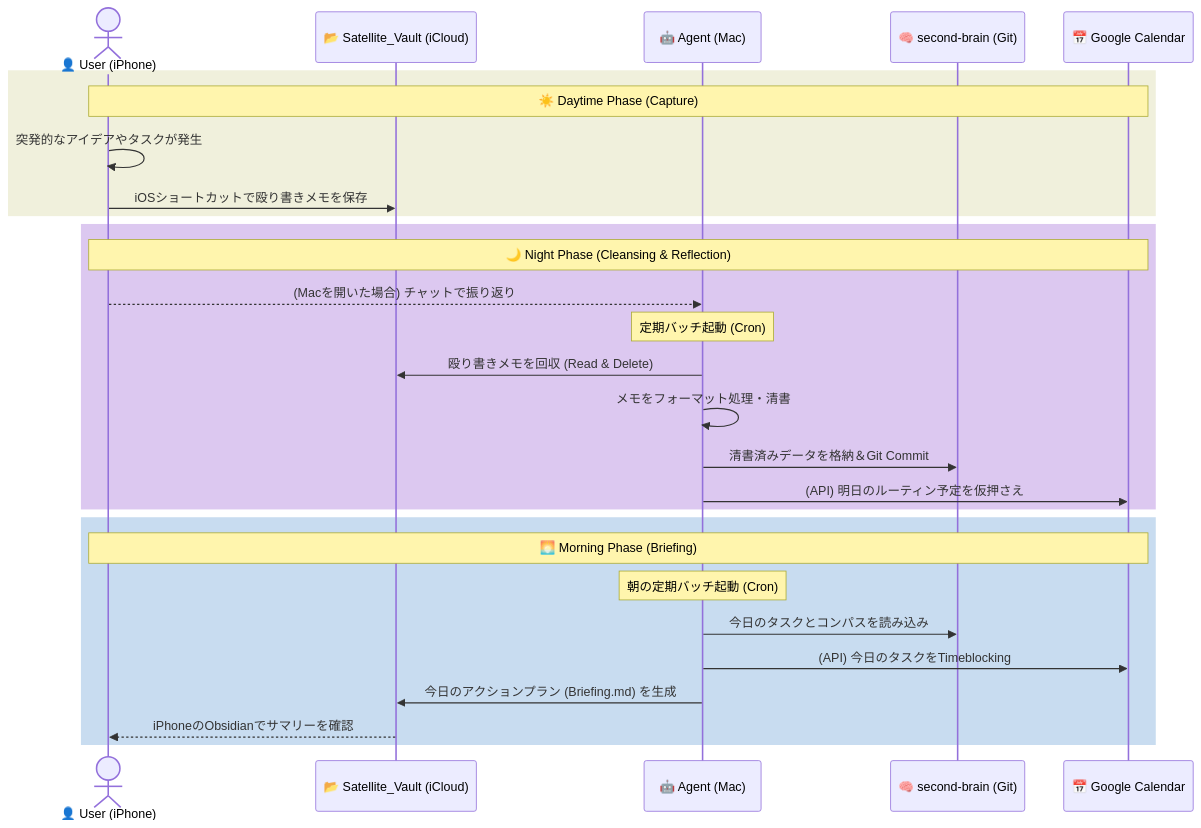
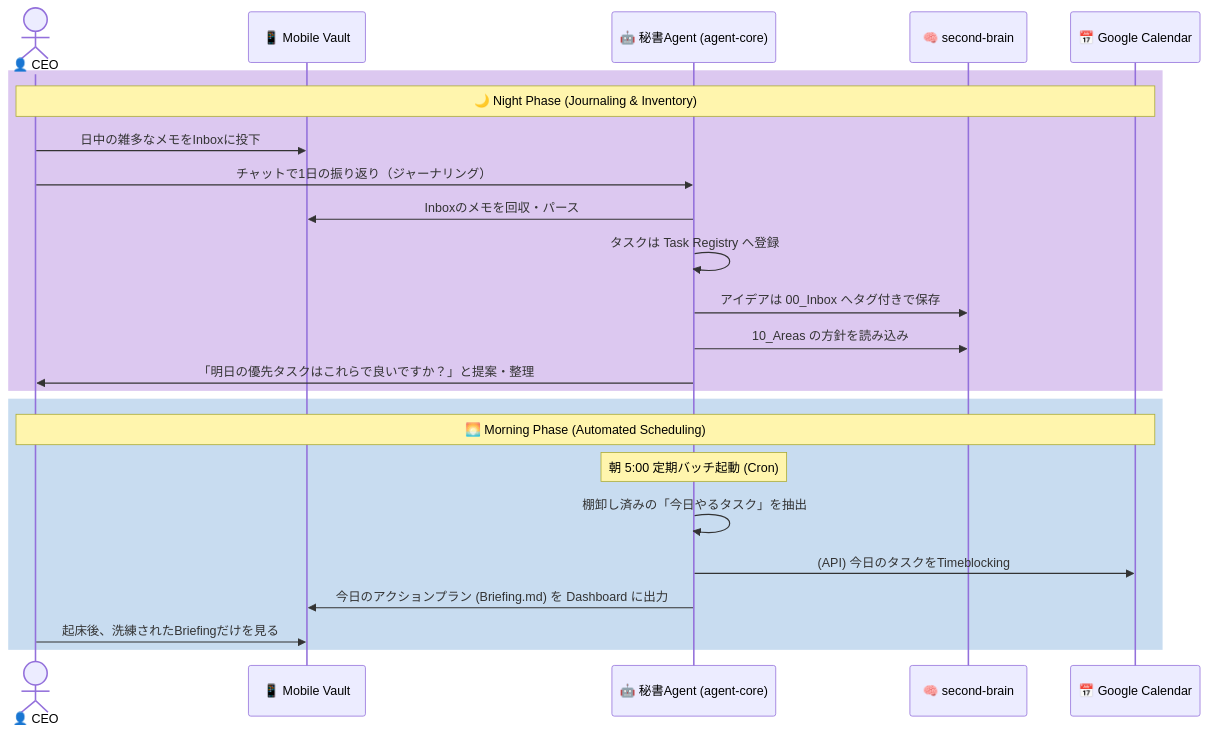
One commit to shoheiHasegawa/agent-core changed the second of 2 diagrams in workspaces/Proj_Action_Reflection_Pipeline/01_Architecture_and_DataFlow.md. Above: the diagram before and after it, drawn with Mermaid. The commit also changed other lines of this file and 26 other files, not shown here.

Commit message:
chore(infra): add pre-handoff verification script and enforce commit policy in AGENT.md/SKILL.md

````diff
--- a/workspaces/Proj_Action_Reflection_Pipeline/01_Architecture_and_DataFlow.md
+++ b/workspaces/Proj_Action_Reflection_Pipeline/01_Architecture_and_DataFlow.md
@@ -78,36 +78,30 @@
 ```mermaid
 sequenceDiagram
-    actor User as 👤 User (iPhone)
-    participant SatVault as 📂 Satellite_Vault (iCloud)
-    participant Agent as 🤖 Agent (Mac)
-    participant Brain as 🧠 second-brain (Git)
+    actor CEO as 👤 CEO
+    participant MV as 📱 Mobile Vault
+    participant Sec as 🤖 秘書Agent (agent-core)
+    participant SB as 🧠 second-brain
     participant GCal as 📅 Google Calendar
 
-    %% 日中のキャプチャ
-    rect rgb(240, 240, 220)
-        Note over User, GCal: ☀️ Daytime Phase (Capture)
-        User->>User: 突発的なアイデアやタスクが発生
-        User->>SatVault: iOSショートカットで殴り書きメモを保存
+    %% 夜の対話と棚卸し
+    rect rgb(220, 200, 240)
+        Note over CEO, GCal: 🌙 Night Phase (Journaling & Inventory)
+        CEO->>MV: 日中の雑多なメモをInboxに投下
+        CEO->>Sec: チャットで1日の振り返り（ジャーナリング）
+        Sec->>MV: Inboxのメモを回収・パース
+        Sec->>Sec: タスクは Task Registry へ登録
+        Sec->>SB: アイデアは 00_Inbox へタグ付きで保存
+        Sec->>SB: 10_Areas の方針を読み込み
+        Sec->>CEO: 「明日の優先タスクはこれらで良いですか？」と提案・整理
     end
 
-    %% 夜の内省とクレンジング
-    rect rgb(220, 200, 240)
-        Note over User, GCal: 🌙 Night Phase (Cleansing & Reflection)
-        User-->>Agent: (Macを開いた場合) チャットで振り返り
-        Note over Agent: 定期バッチ起動 (Cron)
-        Agent->>SatVault: 殴り書きメモを回収 (Read & Delete)
-        Agent->>Agent: メモをフォーマット処理・清書
-        Agent->>Brain: 清書済みデータを格納＆Git Commit
-        Agent->>GCal: (API) 明日のルーティン予定を仮押さえ
-    end
-
-    %% 朝のブリーフィング
+    %% 朝の自動スケジューリング
     rect rgb(200, 220, 240)
-        Note over User, GCal: 🌅 Morning Phase (Briefing)
-        Note over Agent: 朝の定期バッチ起動 (Cron)
-        Agent->>Brain: 今日のタスクとコンパスを読み込み
-        Agent->>GCal: (API) 今日のタスクをTimeblocking
-        Agent->>SatVault: 今日のアクションプラン (Briefing.md) を生成
-        SatVault-->>User: iPhoneのObsidianでサマリーを確認
+        Note over CEO, GCal: 🌅 Morning Phase (Automated Scheduling)
+        Note over Sec: 朝 5:00 定期バッチ起動 (Cron)
+        Sec->>Sec: 棚卸し済みの「今日やるタスク」を抽出
+        Sec->>GCal: (API) 今日のタスクをTimeblocking
+        Sec->>MV: 今日のアクションプラン (Briefing.md) を Dashboard に出力
+        CEO->>MV: 起床後、洗練されたBriefingだけを見る
     end
 ```
````
